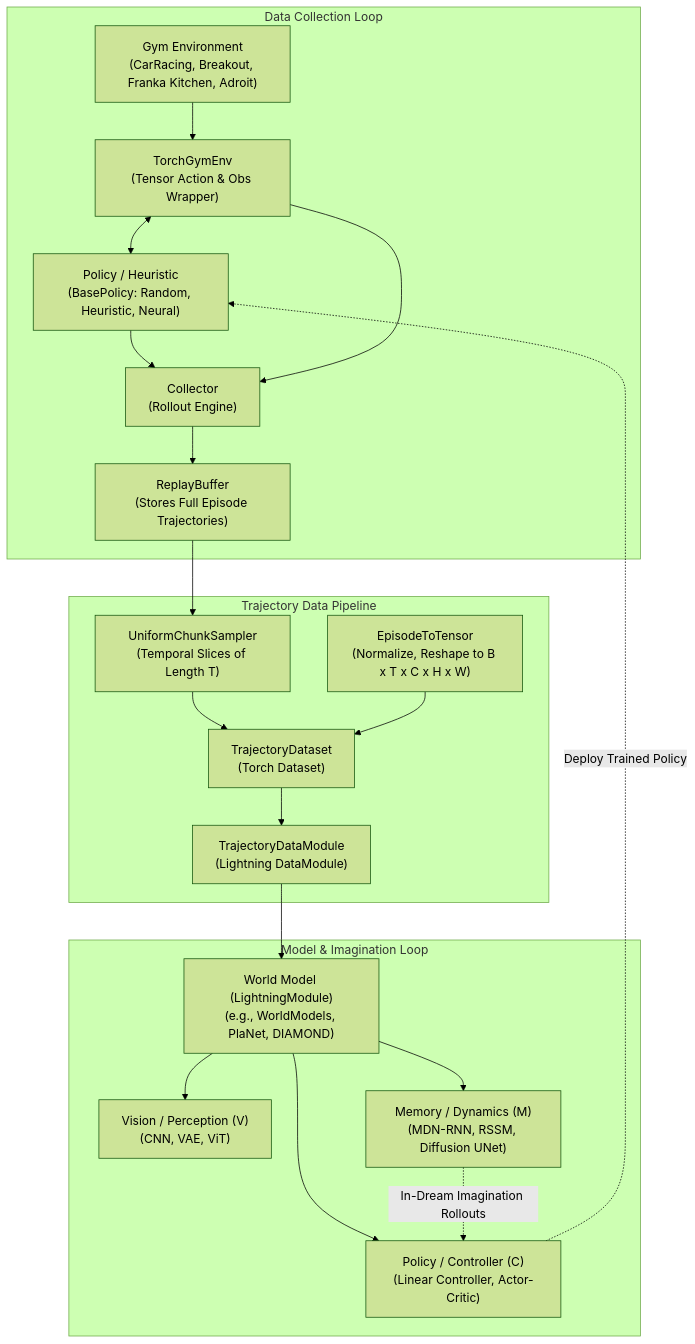
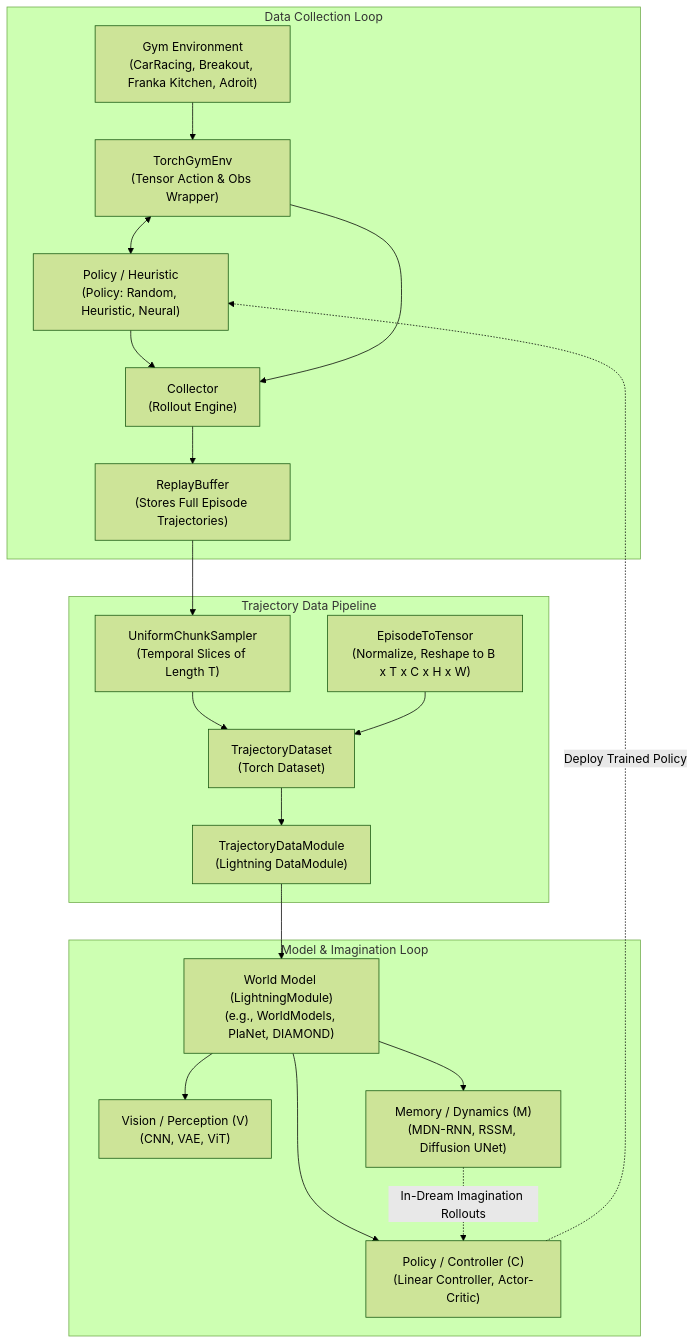
The diagram in PROJECT.md (electricshadok/wiskers), drawn with Mermaid (forest theme) before and after one commit. The commit also changed other lines of this file and 3 other files, not shown here.

````diff
--- a/PROJECT.md
+++ b/PROJECT.md
@@ -13,41 +13,41 @@
 ```mermaid
 flowchart TD
     subgraph Environment & Collection ["Data Collection Loop"]
         Env["Gym Environment\n(CarRacing, Breakout, Franka Kitchen, Adroit)"]
         TorchEnv["TorchGymEnv\n(Tensor Action & Obs Wrapper)"]
-        Policy["Policy / Heuristic\n(BasePolicy: Random, Heuristic, Neural)"]
+        Policy["Policy / Heuristic\n(Policy: Random, Heuristic, Neural)"]
         Collector["Collector\n(Rollout Engine)"]
         Buffer["ReplayBuffer\n(Stores Full Episode Trajectories)"]
     end
 
     subgraph Data Pipeline ["Trajectory Data Pipeline"]
         Sampler["UniformChunkSampler\n(Temporal Slices of Length T)"]
         Transform["EpisodeToTensor\n(Normalize, Reshape to B x T x C x H x W)"]
         Dataset["TrajectoryDataset\n(Torch Dataset)"]
         DataModule["TrajectoryDataModule\n(Lightning DataModule)"]
     end
 
     subgraph World Model & Training ["Model & Imagination Loop"]
         WM["World Model (LightningModule)\n(e.g., WorldModels, PlaNet, DIAMOND)"]
         Perception["Vision / Perception (V)\n(CNN, VAE, ViT)"]
         Dynamics["Memory / Dynamics (M)\n(MDN-RNN, RSSM, Diffusion UNet)"]
         Controller["Policy / Controller (C)\n(Linear Controller, Actor-Critic)"]
     end
 
     Env --> TorchEnv
     TorchEnv <--> Policy
     Policy --> Collector
     TorchEnv --> Collector
     Collector --> Buffer
     Buffer --> Sampler
     Sampler --> Dataset
     Transform --> Dataset
     Dataset --> DataModule
     DataModule --> WM
 
     WM --> Perception
     WM --> Dynamics
     WM --> Controller
     Dynamics -.->|"In-Dream Imagination Rollouts"| Controller
     Controller -.->|"Deploy Trained Policy"| Policy
 ```
````
